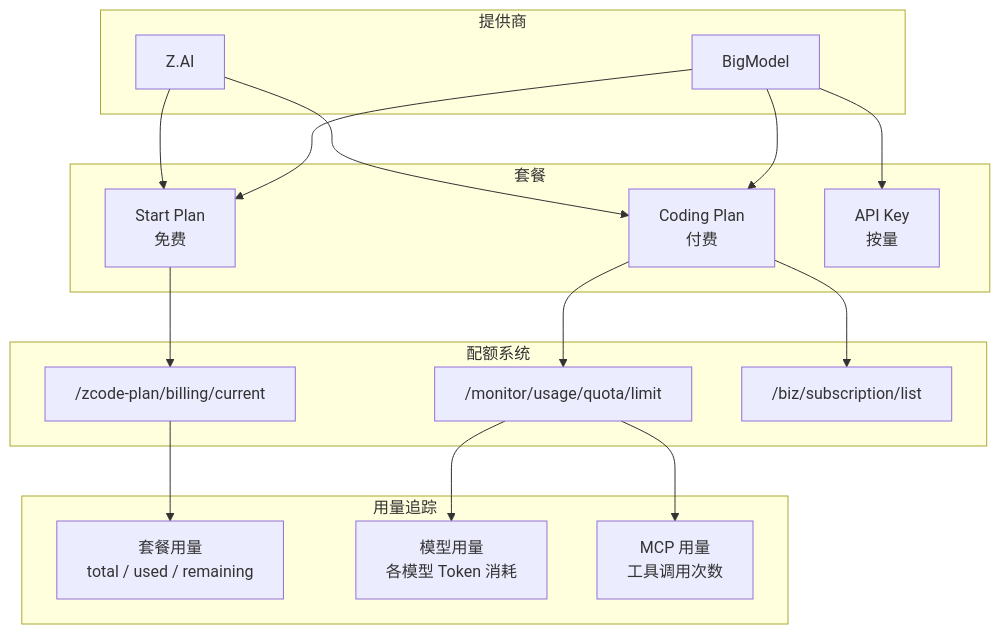
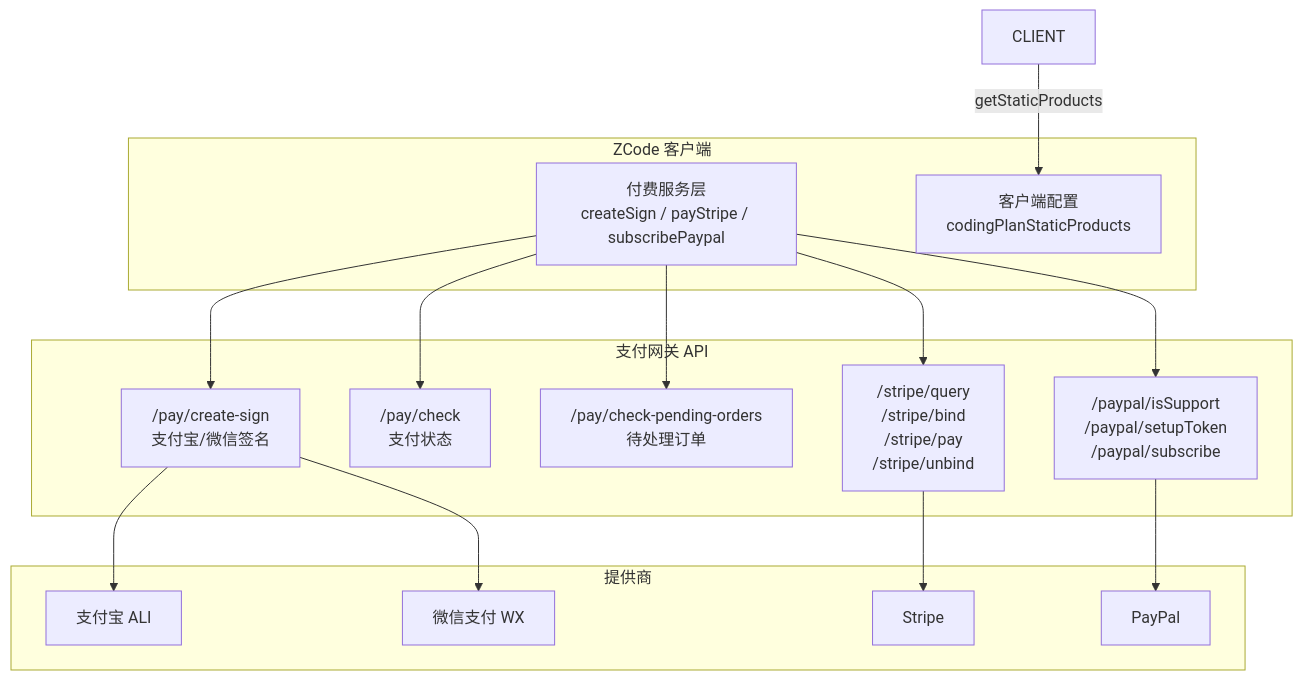
The first of 5 diagrams in docs/models/billing.md (vibe-coding-labs/zcode-reverse-engineer), drawn with Mermaid before and after one commit. The commit also changed other lines of this file and 2 other files, not shown here.

First line of the commit message:
feat: complete remaining analysis modules

````diff
--- a/docs/models/billing.md
+++ b/docs/models/billing.md
@@ -156,39 +9,35 @@
 ```mermaid
-flowchart TB
-    subgraph Providers["提供商"]
-        ZAI["Z.AI"]
-        BM["BigModel"]
+graph TB
+    subgraph Client["ZCode 客户端"]
+        PAY["付费服务层<br/>createSign / payStripe / subscribePaypal"]
+        CFG["客户端配置<br/>codingPlanStaticProducts"]
     end
 
-    subgraph Plans["套餐"]
-        SP["Start Plan<br/>免费"]
-        CP["Coding Plan<br/>付费"]
-        APIK["API Key<br/>按量"]
+    subgraph API["支付网关 API"]
+        CREATE["/pay/create-sign<br/>支付宝/微信签名"]
+        CHECK["/pay/check<br/>支付状态"]
+        PENDING["/pay/check-pending-orders<br/>待处理订单"]
+
+        STRIPE["/stripe/query<br/>/stripe/bind<br/>/stripe/pay<br/>/stripe/unbind"]
+
+        PAYPAL["/paypal/isSupport<br/>/paypal/setupToken<br/>/paypal/subscribe"]
     end
 
-    subgraph Quota["配额系统"]
-        QUOTA_LIMIT["/monitor/usage/quota/limit"]
-        BILLING_CURRENT["/zcode-plan/billing/current"]
-        SUBSCRIPTION["/biz/subscription/list"]
+    subgraph Provider["提供商"]
+        ALI["支付宝 ALI"]
+        WX["微信支付 WX"]
+        STRIPE_GW["Stripe"]
+        PAYPAL_GW["PayPal"]
     end
 
-    subgraph Usage["用量追踪"]
-        PLAN["套餐用量<br/>total / used / remaining"]
-        MODEL["模型用量<br/>各模型 Token 消耗"]
-        MCP["MCP 用量<br/>工具调用次数"]
-    end
-
-    ZAI --> SP
-    ZAI --> CP
-    BM --> SP
-    BM --> CP
-    BM --> APIK
-    
-    SP --> BILLING_CURRENT
-    CP --> SUBSCRIPTION
-    CP --> QUOTA_LIMIT
-    
-    BILLING_CURRENT --> PLAN
-    QUOTA_LIMIT --> MODEL
-    QUOTA_LIMIT --> MCP
+    CLIENT --> |"getStaticProducts"| CFG
+    PAY --> CREATE
+    PAY --> STRIPE
+    PAY --> PAYPAL
+    CREATE --> ALI
+    CREATE --> WX
+    STRIPE --> STRIPE_GW
+    PAYPAL --> PAYPAL_GW
+    PAY --> CHECK
+    PAY --> PENDING
 ```
````
